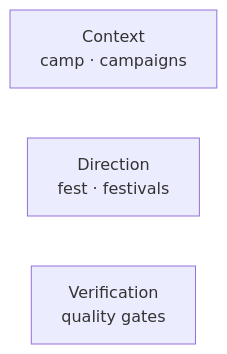
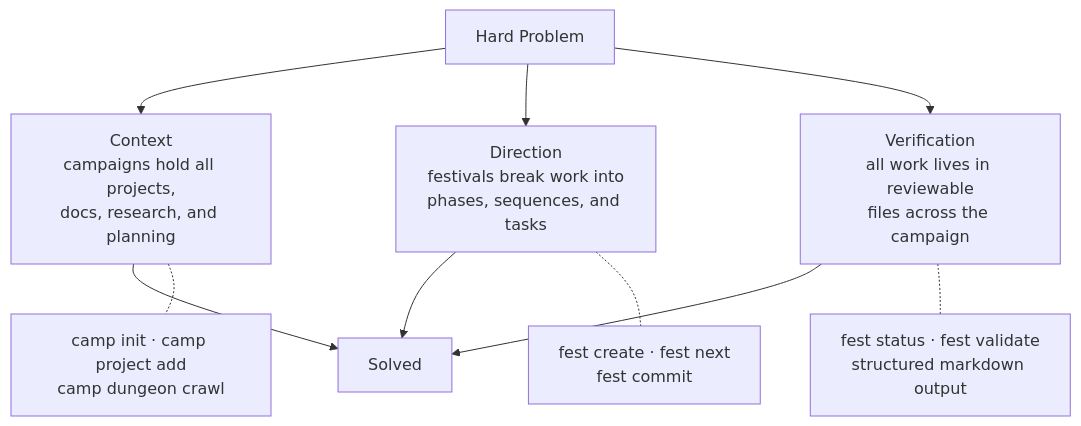
The diagram in README.md (Obedience-Corp/festival), drawn with Mermaid before and after one commit.

Commit message:
[OBEY-CAMPAIGN-8deed8b4] redesign mermaid diagram - show hard problem solved through context, direction, verification

````diff
--- a/README.md
+++ b/README.md
@@ -11,6 +11,16 @@
 ```mermaid
-graph LR
-    C["Context<br/>camp · campaigns"]
-    D["Direction<br/>fest · festivals"]
-    V["Verification<br/>quality gates"]
+graph TD
+    HP["Hard Problem"]
+
+    HP --> C["Context<br/>campaigns hold all projects,<br/>docs, research, and planning"]
+    HP --> D["Direction<br/>festivals break work into<br/>phases, sequences, and tasks"]
+    HP --> V["Verification<br/>all work lives in reviewable<br/>files across the campaign"]
+
+    C --> S["Solved"]
+    D --> S
+    V --> S
+
+    C -.- CT["camp init · camp project add<br/>camp dungeon crawl"]
+    D -.- DT["fest create · fest next<br/>fest commit"]
+    V -.- VT["fest status · fest validate<br/>structured markdown output"]
 ```
````
